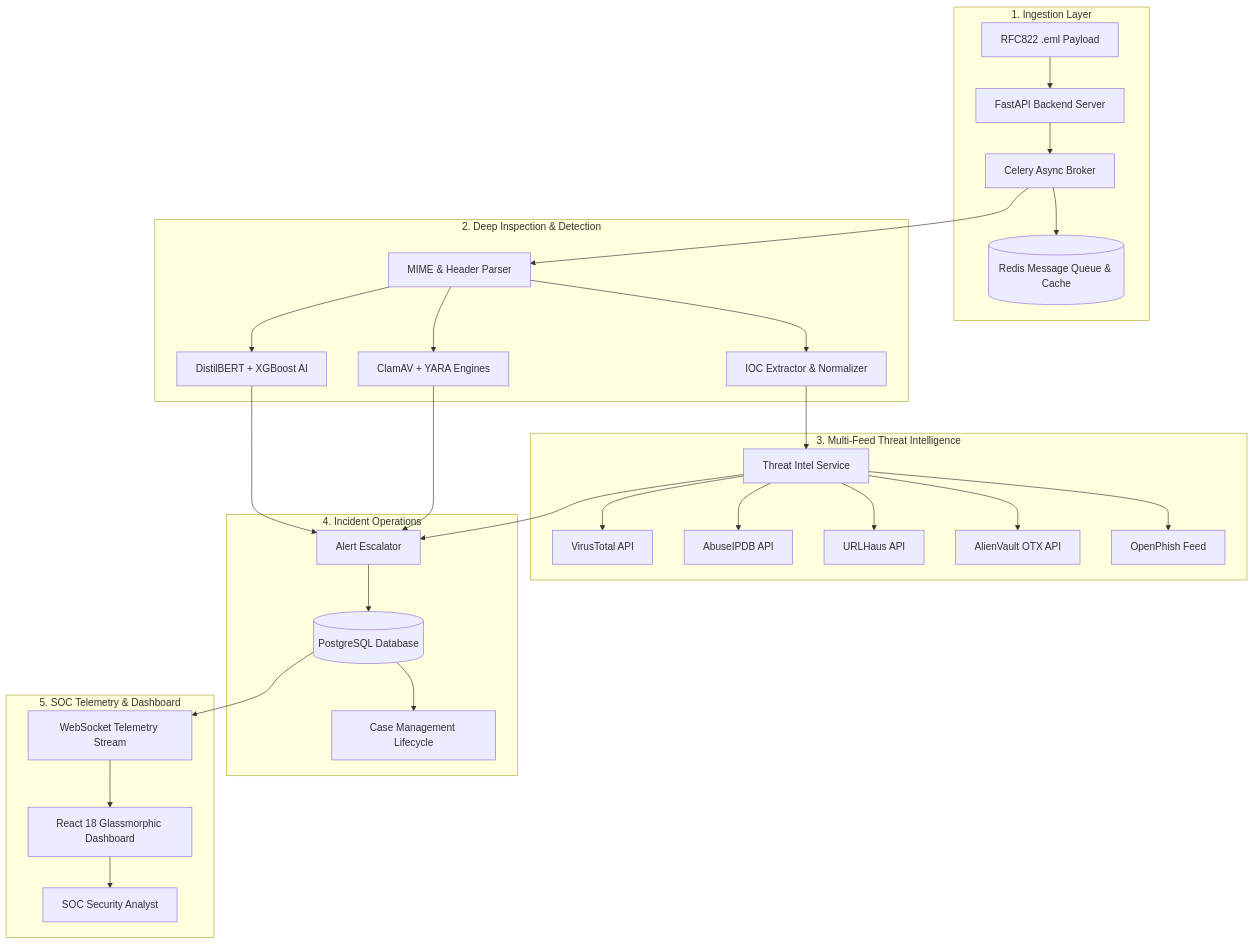
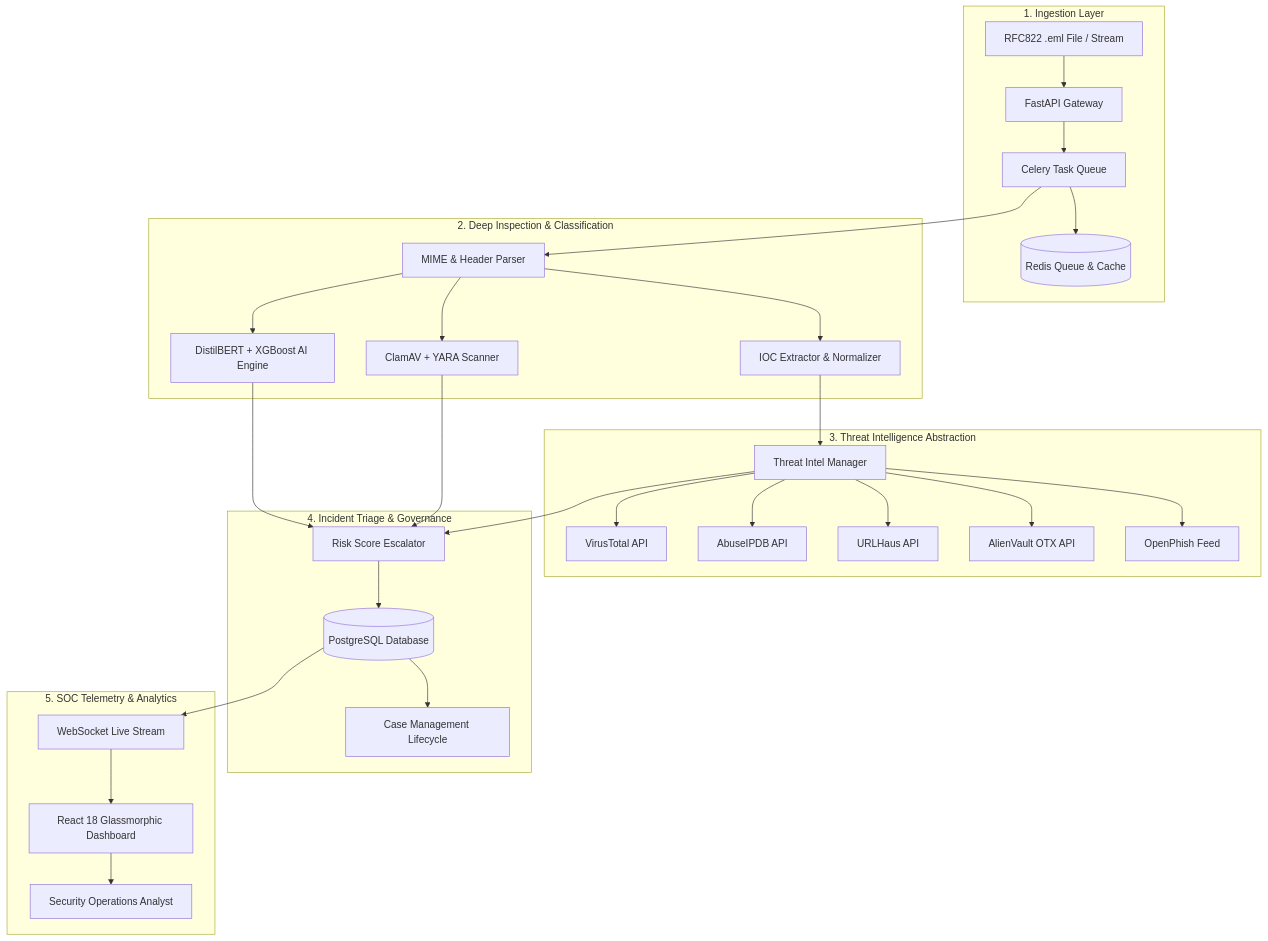
Before and after one commit to umeshpandeysh/CyberShield-AI-SOC: the diagram in README.md, drawn with Mermaid. The commit also changed other lines of this file, not shown here.

Commit message:
docs(readme): rewrite README to flagship open-source presentation standard

````diff
--- a/README.md
+++ b/README.md
@@ -45,36 +40,36 @@
 ```mermaid
 flowchart TB
     subgraph Ingestion ["1. Ingestion Layer"]
-        EML["RFC822 .eml Payload"] --> API["FastAPI Backend Server"]
-        API --> Celery["Celery Async Broker"]
-        Celery --> Redis[("Redis Message Queue & Cache")]
+        EML["RFC822 .eml File / Stream"] --> API["FastAPI Gateway"]
+        API --> Celery["Celery Task Queue"]
+        Celery --> Redis[("Redis Queue & Cache")]
     end
 
-    subgraph Inspection ["2. Deep Inspection & Detection"]
-        Celery --> Parser["MIME & Header Parser"]
-        Parser --> Scanner["ClamAV + YARA Engines"]
-        Parser --> AI["DistilBERT + XGBoost AI"]
-        Parser --> IOC["IOC Extractor & Normalizer"]
+    subgraph Analysis ["2. Deep Inspection & Classification"]
+        Celery --> MIME["MIME & Header Parser"]
+        MIME --> Scanners["ClamAV + YARA Scanner"]
+        MIME --> AI["DistilBERT + XGBoost AI Engine"]
+        MIME --> Extractor["IOC Extractor & Normalizer"]
     end
 
-    subgraph Intelligence ["3. Multi-Feed Threat Intelligence"]
-        IOC --> TI["Threat Intel Service"]
+    subgraph Enrichment ["3. Threat Intelligence Abstraction"]
+        Extractor --> TI["Threat Intel Manager"]
         TI --> VT["VirusTotal API"]
         TI --> AB["AbuseIPDB API"]
         TI --> UH["URLHaus API"]
         TI --> OTX["AlienVault OTX API"]
         TI --> OP["OpenPhish Feed"]
     end
 
-    subgraph Operations ["4. Incident Operations"]
-        AI & Scanner & TI --> Alert["Alert Escalator"]
-        Alert --> DB[("PostgreSQL Database")]
+    subgraph Governance ["4. Incident Triage & Governance"]
+        AI & Scanners & TI --> Escalator["Risk Score Escalator"]
+        Escalator --> DB[("PostgreSQL Database")]
         DB --> Cases["Case Management Lifecycle"]
     end
 
-    subgraph Presentation ["5. SOC Telemetry & Dashboard"]
-        DB --> WS["WebSocket Telemetry Stream"]
+    subgraph Telemetry ["5. SOC Telemetry & Analytics"]
+        DB --> WS["WebSocket Live Stream"]
         WS --> UI["React 18 Glassmorphic Dashboard"]
-        UI --> Analyst["SOC Security Analyst"]
+        UI --> Analyst["Security Operations Analyst"]
     end
 ```
````
